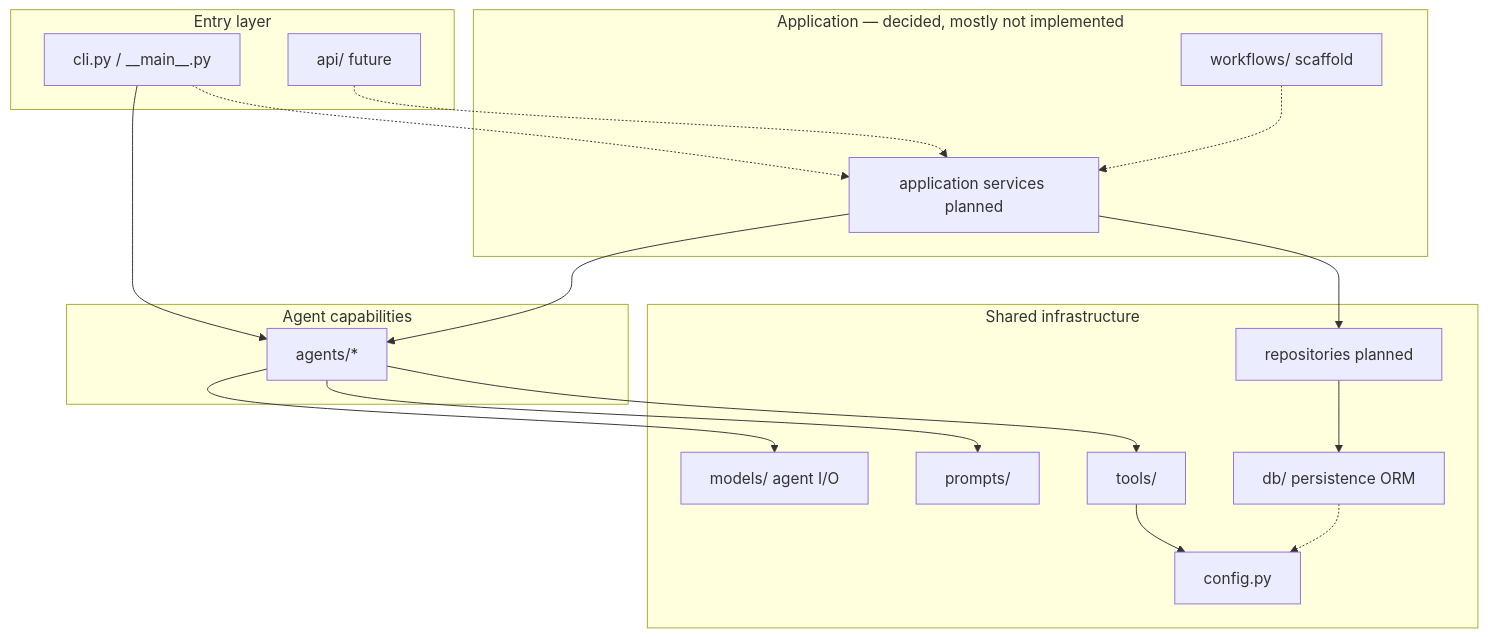
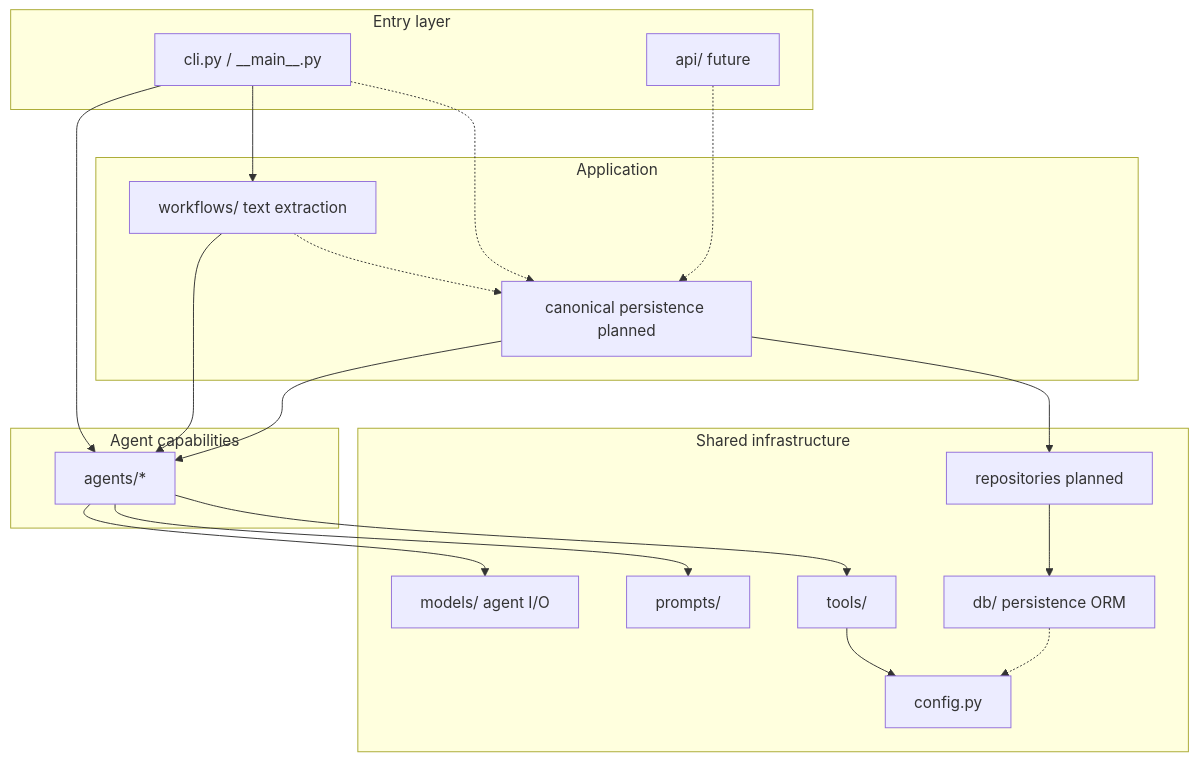
One commit to shira-ozana/career-ai changed the diagram in docs/architecture/project-structure.md. Above: the diagram before and after it, drawn with Mermaid. The commit also changed other lines of this file and 27 other files, not shown here.

First line of the commit message:
Add text profile extraction that returns per-source facts.

````diff
--- a/docs/architecture/project-structure.md
+++ b/docs/architecture/project-structure.md
@@ -73,38 +78,40 @@
 ```mermaid
 flowchart TB
     subgraph Entry["Entry layer"]
         CLI[cli.py / __main__.py]
         API[api/ future]
     end
 
-    subgraph App["Application — decided, mostly not implemented"]
-        Workflows[workflows/ scaffold]
-        Services[application services planned]
+    subgraph App["Application"]
+        Workflows[workflows/ text extraction]
+        Services[canonical persistence planned]
     end
 
     subgraph Capabilities["Agent capabilities"]
         Agents[agents/*]
     end
 
     subgraph Shared["Shared infrastructure"]
         Models[models/ agent I/O]
         Prompts[prompts/]
         Tools[tools/]
         Config[config.py]
         DB[db/ persistence ORM]
         Repos[repositories planned]
     end
 
     CLI --> Agents
+    CLI --> Workflows
+    Workflows --> Agents
     CLI -.-> Services
     API -.-> Services
     Services --> Agents
     Services --> Repos
     Agents --> Models
     Agents --> Prompts
     Agents --> Tools
     Tools --> Config
     Repos --> DB
     DB -.-> Config
     Workflows -.-> Services
 ```
````
